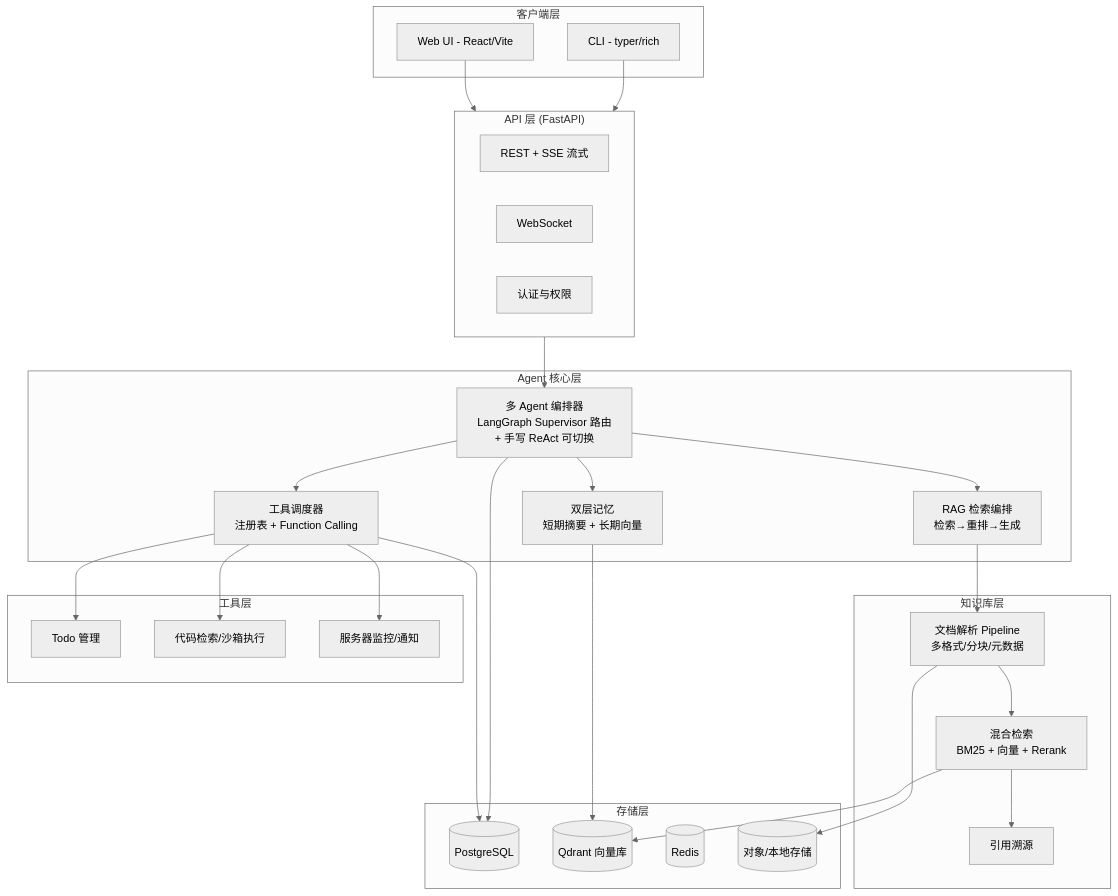
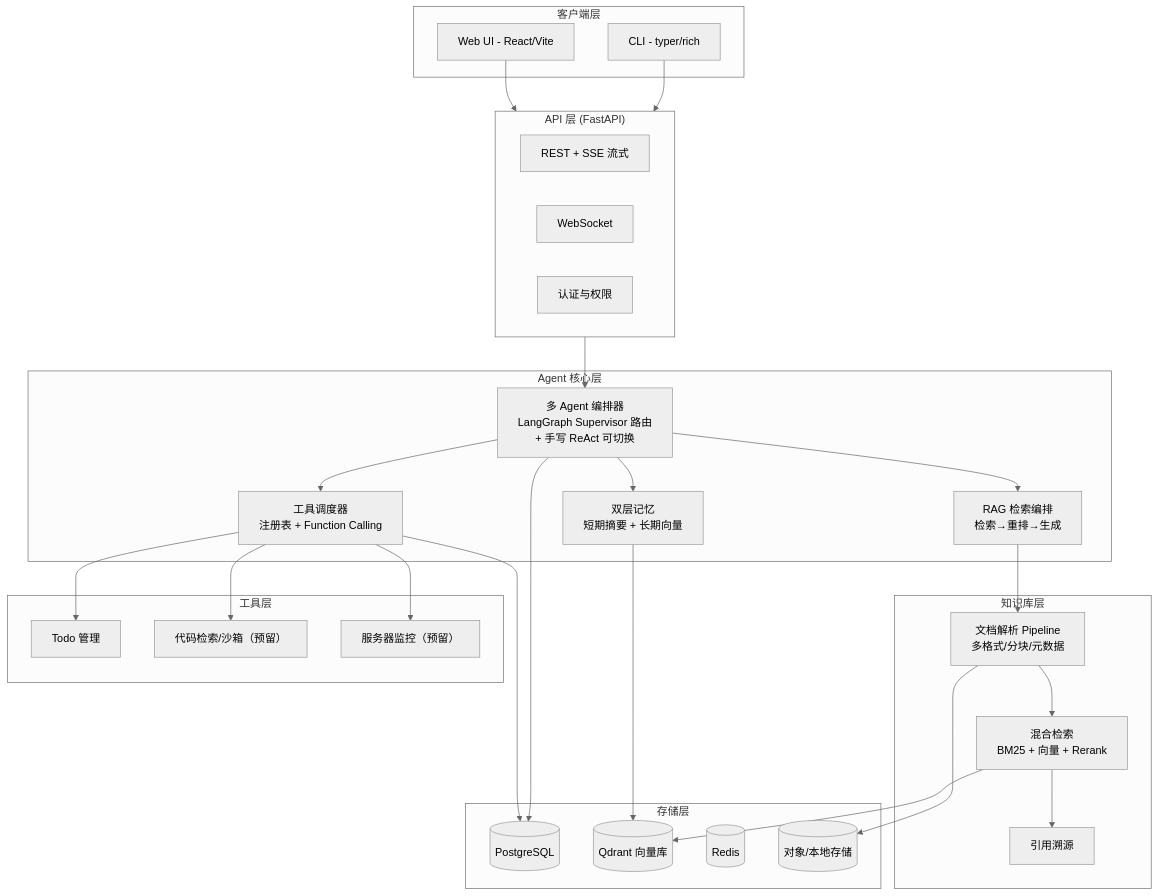
The diagram in README.md (z3yc/copilot-lite), drawn with Mermaid (neutral theme) before and after one commit. The commit also changed other lines of this file and 1 other file, not shown here.

Commit message:
docs: README/架构图如实化——沙箱/监控/通知工具与 Redis 标注预留，权限控制与工具安全边界按当前实现改写（防面试深挖露馅）

````diff
--- a/README.md
+++ b/README.md
@@ -133,57 +133,57 @@
 ```mermaid
 graph TB
     subgraph Client["客户端层"]
         CLI[CLI - typer/rich]
         WEB[Web UI - React/Vite]
     end
 
     subgraph API["API 层 (FastAPI)"]
         REST[REST + SSE 流式]
         WS[WebSocket]
         AUTH[认证与权限]
     end
 
     subgraph Agent["Agent 核心层"]
         ORCH[多 Agent 编排器<br/>LangGraph Supervisor 路由<br/>+ 手写 ReAct 可切换]
         MEM[双层记忆<br/>短期摘要 + 长期向量]
         TOOL[工具调度器<br/>注册表 + Function Calling]
         RAG[RAG 检索编排<br/>检索→重排→生成]
     end
 
     subgraph KB["知识库层"]
         PIPE[文档解析 Pipeline<br/>多格式/分块/元数据]
         MIX[混合检索<br/>BM25 + 向量 + Rerank]
         REF[引用溯源]
     end
 
     subgraph Tools["工具层"]
         TODO[Todo 管理]
-        CODE[代码检索/沙箱执行]
-        SYS[服务器监控/通知]
+        CODE[代码检索/沙箱（预留）]
+        SYS[服务器监控（预留）]
     end
 
     subgraph Store["存储层"]
         PG[(PostgreSQL)]
         QD[(Qdrant 向量库)]
         RD[(Redis)]
         FS[(对象/本地存储)]
     end
 
     CLI --> API
     WEB --> API
     API --> ORCH
     ORCH --> MEM
     ORCH --> TOOL
     ORCH --> RAG
     RAG --> PIPE
     PIPE --> MIX
     MIX --> REF
     MIX --> QD
     TOOL --> TODO
     TOOL --> CODE
     TOOL --> SYS
     MEM --> QD
     ORCH --> PG
     TOOL --> PG
     PIPE --> FS
 ```
````
